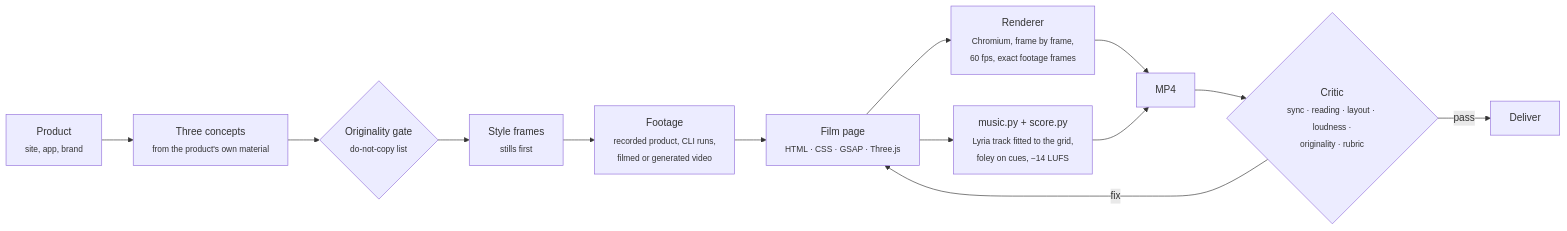
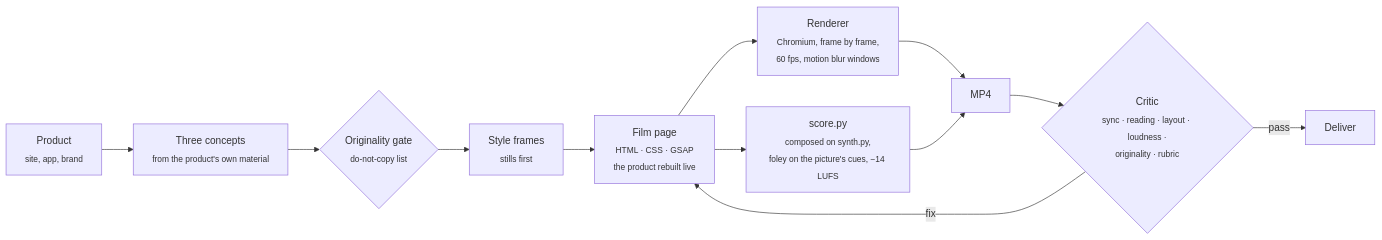
One commit to mowfxy/slate changed the diagram in README.md. Above: the diagram before and after it, drawn with Mermaid. The commit also changed other lines of this file and 78 other files, not shown here.

First line of the commit message:
Rebuild the method: live product, composed score, motion blur

````diff
--- a/README.md
+++ b/README.md
@@ -54,15 +51,14 @@
 ```mermaid
 flowchart LR
     A[Product<br><sub>site, app, brand</sub>] --> B[Three concepts<br><sub>from the product's own material</sub>]
     B --> G{Originality gate<br><sub>do-not-copy list</sub>}
     G --> C[Style frames<br><sub>stills first</sub>]
-    C --> R[Footage<br><sub>recorded product, CLI runs,<br>filmed or generated video</sub>]
-    R --> D[Film page<br><sub>HTML · CSS · GSAP · Three.js</sub>]
-    D --> E[Renderer<br><sub>Chromium, frame by frame,<br>60 fps, exact footage frames</sub>]
-    D --> F[music.py + score.py<br><sub>Lyria track fitted to the grid,<br>foley on cues, −14 LUFS</sub>]
+    C --> D[Film page<br><sub>HTML · CSS · GSAP<br>the product rebuilt live</sub>]
+    D --> E[Renderer<br><sub>Chromium, frame by frame,<br>60 fps, motion blur windows</sub>]
+    D --> F[score.py<br><sub>composed on synth.py,<br>foley on the picture's cues, −14 LUFS</sub>]
     E --> H[MP4]
     F --> H
     H --> I{Critic<br><sub>sync · reading · layout · loudness ·<br>originality · rubric</sub>}
     I -- fix --> D
     I -- pass --> J[Deliver]
 ```
````
